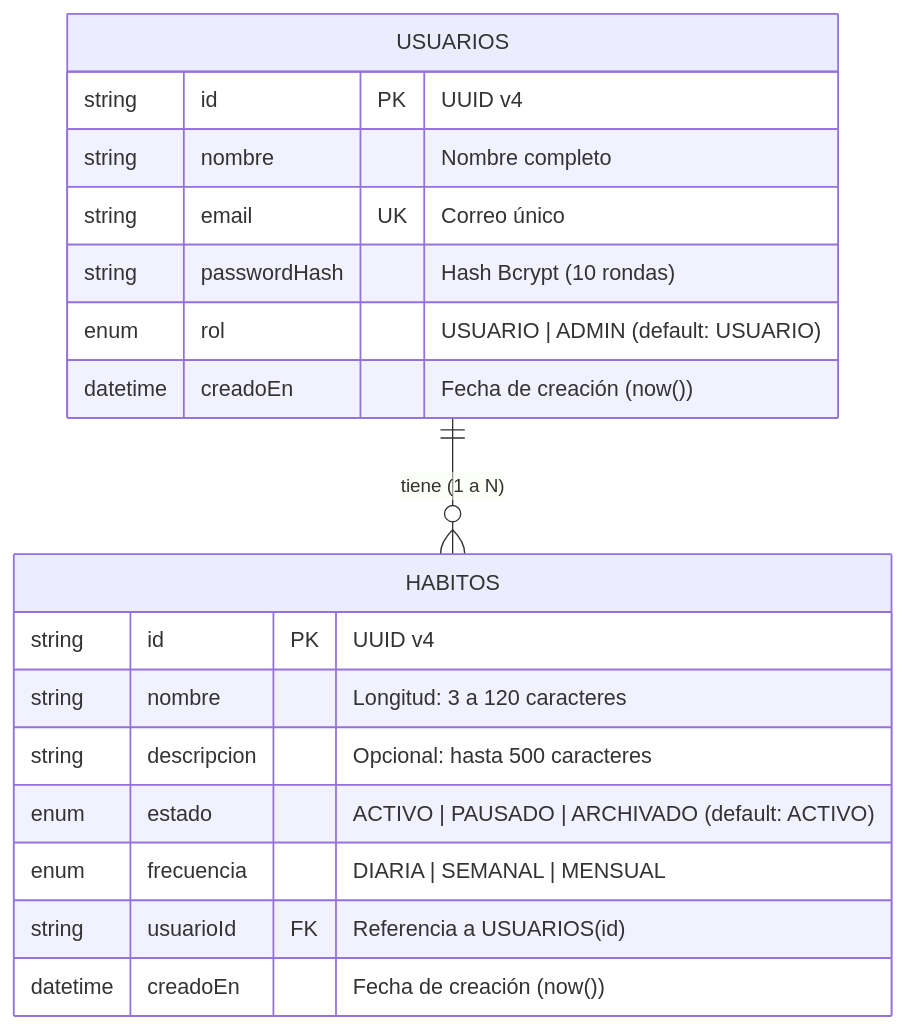
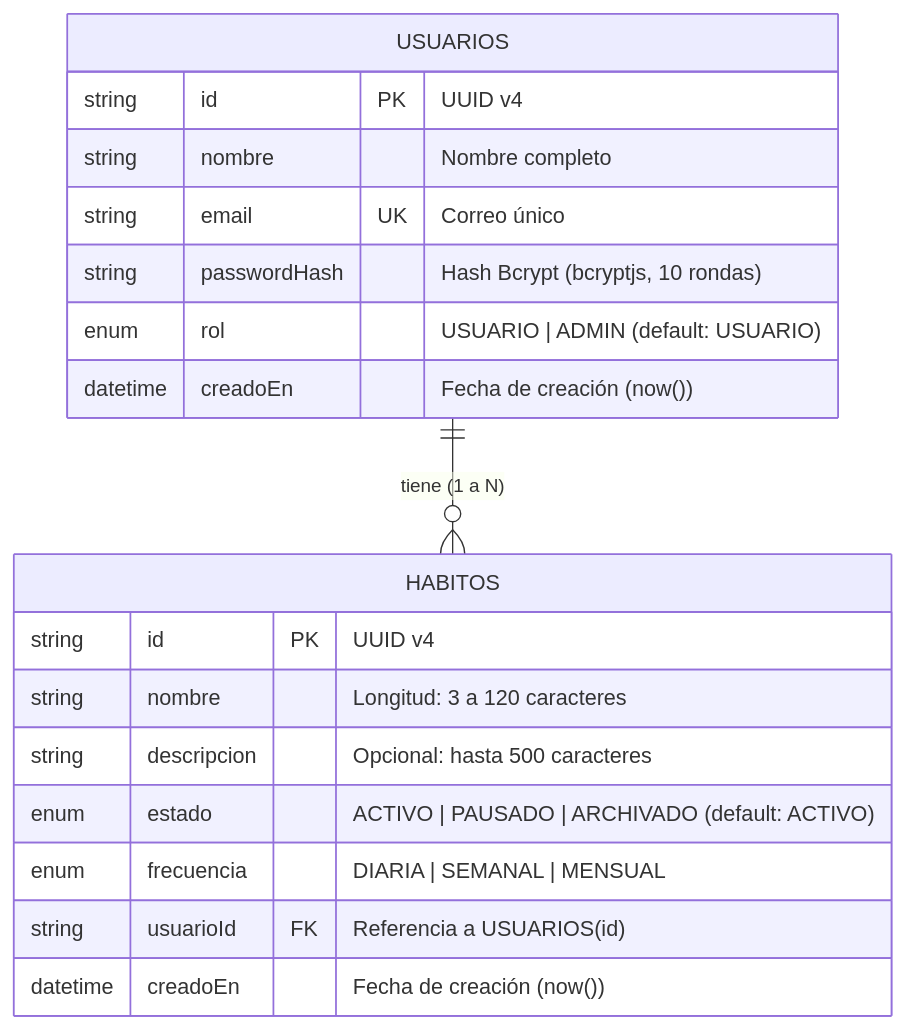
The diagram in docs/02-modelo-de-datos.md (viptelcomunicaciones/Ritmo-Claro-Api), drawn with Mermaid before and after one commit. The commit also changed 27 other files, not shown here.

````diff
--- a/docs/02-modelo-de-datos.md
+++ b/docs/02-modelo-de-datos.md
@@ -11,23 +11,23 @@
 ```mermaid
 erDiagram
     USUARIOS ||--o{ HABITOS : "tiene (1 a N)"
     
     USUARIOS {
         string id PK "UUID v4"
         string nombre "Nombre completo"
         string email UK "Correo único"
-        string passwordHash "Hash Bcrypt (10 rondas)"
+        string passwordHash "Hash Bcrypt (bcryptjs, 10 rondas)"
         enum rol "USUARIO | ADMIN (default: USUARIO)"
         datetime creadoEn "Fecha de creación (now())"
     }
 
     HABITOS {
         string id PK "UUID v4"
         string nombre "Longitud: 3 a 120 caracteres"
         string descripcion "Opcional: hasta 500 caracteres"
         enum estado "ACTIVO | PAUSADO | ARCHIVADO (default: ACTIVO)"
         enum frecuencia "DIARIA | SEMANAL | MENSUAL"
         string usuarioId FK "Referencia a USUARIOS(id)"
         datetime creadoEn "Fecha de creación (now())"
     }
 ```
````
